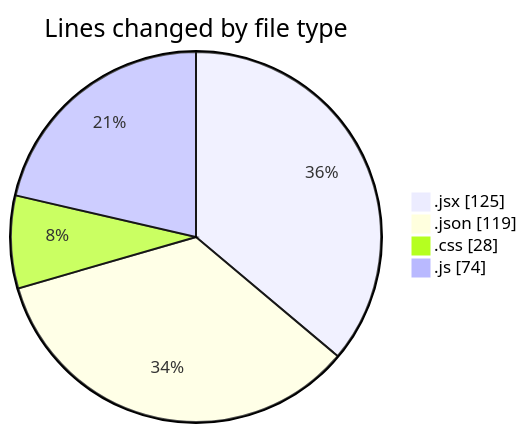
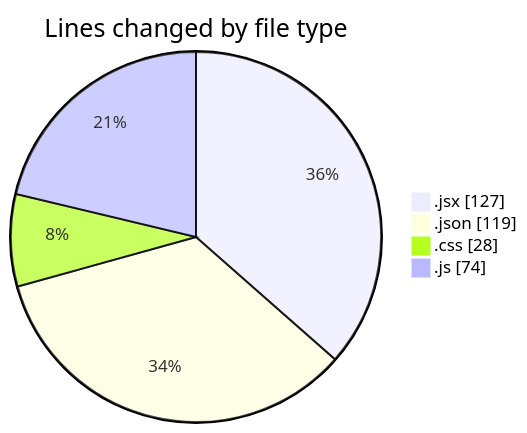
The first of 2 diagrams in 2025-01-24/react/README.md (Elitesun/code-tracking), drawn with Mermaid before and after one commit. The commit also changed other lines of this file and 1 other file, not shown here.

````diff
--- a/2025-01-24/react/README.md
+++ b/2025-01-24/react/README.md
@@ -28,8 +28,8 @@
 ```mermaid
 pie showData
 title Lines changed by file type
-".jsx" : 125
+".jsx" : 127
 ".json" : 119
 ".css" : 28
 ".js" : 74
 ```
````
